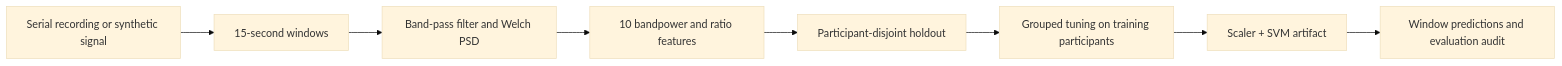
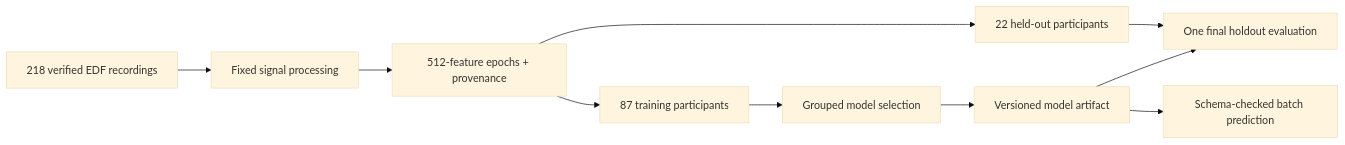
One commit to gitLamHoang/Classfying-brain-wave-state changed the diagram in README.md. Above: the diagram before and after it, drawn with Mermaid (base theme). The commit also changed other lines of this file and 18 other files, not shown here.

Commit message:
Build verified multichannel EEG benchmark and batch inference

````diff
--- a/README.md
+++ b/README.md
@@ -46,10 +24,12 @@
 ```mermaid
 flowchart LR
-    A[Serial recording or synthetic signal] --> B[15-second windows]
-    B --> C[Band-pass filter and Welch PSD]
-    C --> D[10 bandpower and ratio features]
-    D --> E[Participant-disjoint holdout]
-    E --> F[Grouped tuning on training participants]
-    F --> G[Scaler + SVM artifact]
-    G --> H[Window predictions and evaluation audit]
+    A[218 verified EDF recordings] --> B[Fixed signal processing]
+    B --> C[512-feature epochs + provenance]
+    C --> D[87 training participants]
+    C --> E[22 held-out participants]
+    D --> F[Grouped model selection]
+    F --> G[Versioned model artifact]
+    G --> H[One final holdout evaluation]
+    E --> H
+    G --> I[Schema-checked batch prediction]
 ```
````
